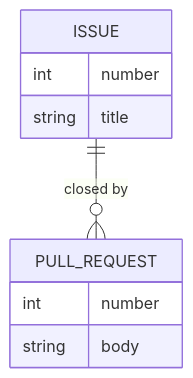
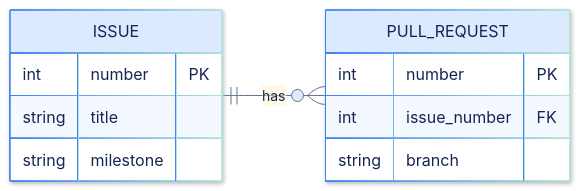
The fifth of 23 diagrams in education/examples/mermaid-diagram-types-showcase.md (JeanKadang/DOC-GitHub-Practice-Skills), drawn with Mermaid before and after one commit. The commit also changed other lines of this file, not shown here.

Commit message:
docs: improve Mermaid showcase visuals

````diff
--- a/education/examples/mermaid-diagram-types-showcase.md
+++ b/education/examples/mermaid-diagram-types-showcase.md
@@ -93,12 +206,28 @@
 ```mermaid
+---
+config:
+  theme: "base"
+  look: "neo"
+  themeVariables:
+    primaryColor: "#dbeafe"
+    primaryTextColor: "#172554"
+    primaryBorderColor: "#3b82f6"
+    secondaryColor: "#ccfbf1"
+    tertiaryColor: "#fef3c7"
+    lineColor: "#64748b"
+    fontFamily: "Segoe UI, Arial, sans-serif"
+---
 erDiagram
-    ISSUE ||--o{ PULL_REQUEST : "closed by"
+    direction LR
+    ISSUE ||--o{ PULL_REQUEST : has
     ISSUE {
-      int number
+      int number PK
       string title
+      string milestone
     }
     PULL_REQUEST {
-      int number
-      string body
+      int number PK
+      int issue_number FK
+      string branch
     }
 ```
````
